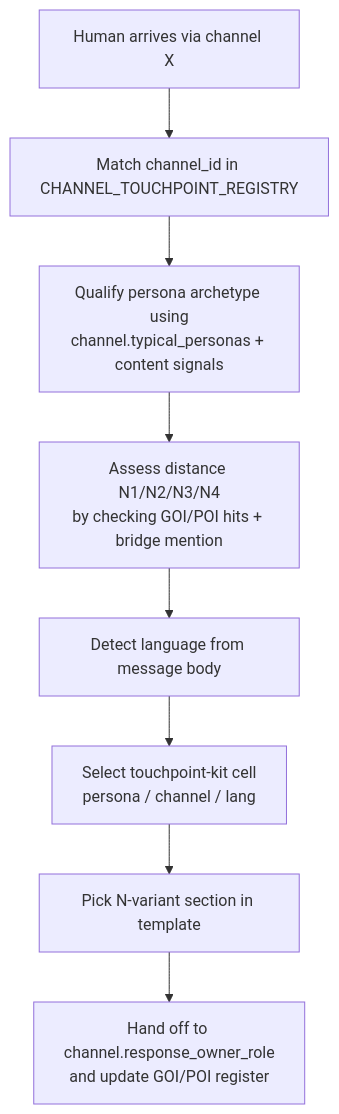
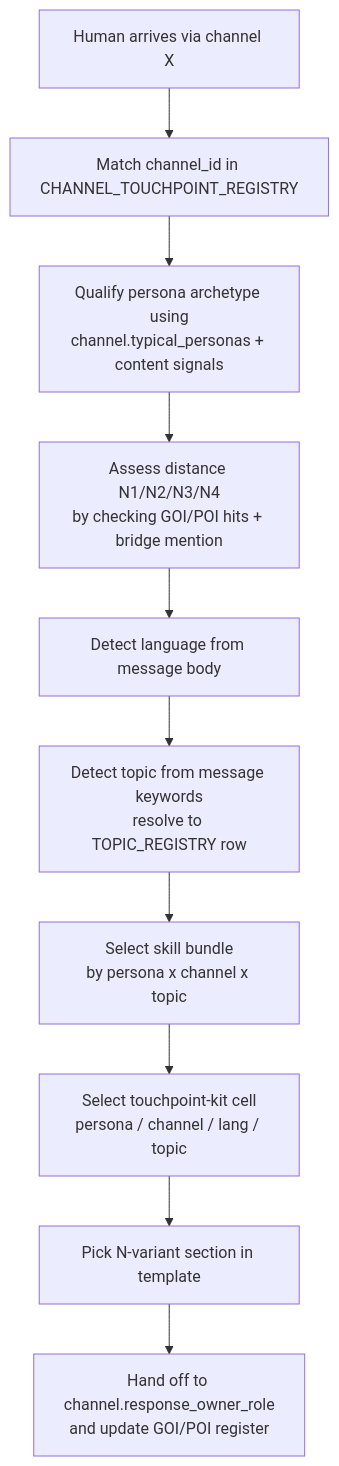
One commit to FraysaXII/openclaw-akos changed the second of 2 diagrams in docs/references/hlk/v3.0/Admin/O5-1/Operations/PMO/HOLISTIK_OPS_DISCOVERY.md. Above: the diagram before and after it, drawn with Mermaid. The commit also changed other lines of this file and 4 other files, not shown here.

````diff
--- a/docs/references/hlk/v3.0/Admin/O5-1/Operations/PMO/HOLISTIK_OPS_DISCOVERY.md
+++ b/docs/references/hlk/v3.0/Admin/O5-1/Operations/PMO/HOLISTIK_OPS_DISCOVERY.md
@@ -92,18 +115,22 @@
 ```mermaid
 flowchart TD
     inbound[Human arrives via channel X]
     detect_channel[Match channel_id in CHANNEL_TOUCHPOINT_REGISTRY]
     detect_persona[Qualify persona archetype using<br/>channel.typical_personas + content signals]
     detect_distance[Assess distance N1/N2/N3/N4<br/>by checking GOI/POI hits + bridge mention]
     detect_language[Detect language from message body]
-    select_template[Select touchpoint-kit cell<br/>persona / channel / lang]
+    detect_topic[Detect topic from message keywords<br/>resolve to TOPIC_REGISTRY row]
+    select_skill[Select skill bundle<br/>by persona x channel x topic]
+    select_template[Select touchpoint-kit cell<br/>persona / channel / lang / topic]
     pick_variant[Pick N-variant section in template]
     handoff[Hand off to channel.response_owner_role<br/>and update GOI/POI register]
     inbound --> detect_channel
     detect_channel --> detect_persona
     detect_persona --> detect_distance
     detect_distance --> detect_language
-    detect_language --> select_template
+    detect_language --> detect_topic
+    detect_topic --> select_skill
+    select_skill --> select_template
     select_template --> pick_variant
     pick_variant --> handoff
 ```
````
